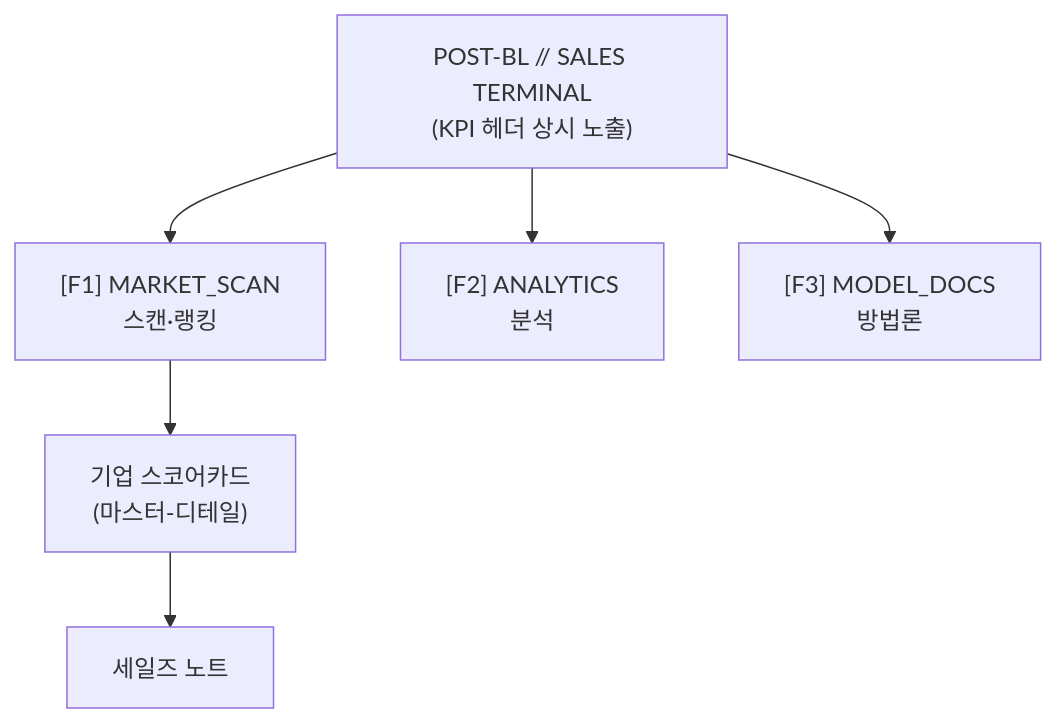
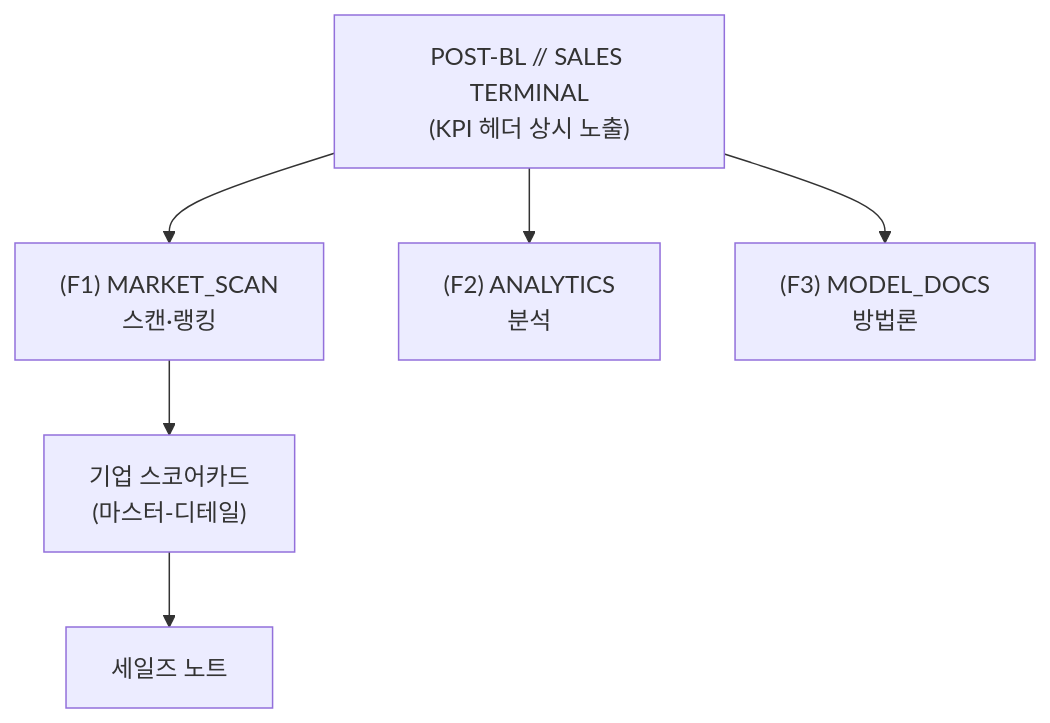
Before and after one commit to blunderblus/black_litterman_project: the second of 5 diagrams in docs/design/05-dashboard-design.md, drawn with Mermaid. The commit also changed other lines of this file and 7 other files, not shown here.

First line of the commit message:
fix(docs): harden Mermaid labels for GitHub render across 8 docs

````diff
--- a/docs/design/05-dashboard-design.md
+++ b/docs/design/05-dashboard-design.md
@@ -188,9 +188,9 @@
 ```mermaid
 flowchart TD
   HOME["POST-BL // SALES TERMINAL<br/>(KPI 헤더 상시 노출)"]
-  HOME --> F1["[F1] MARKET_SCAN<br/>스캔·랭킹"]
-  HOME --> F2["[F2] ANALYTICS<br/>분석"]
-  HOME --> F3["[F3] MODEL_DOCS<br/>방법론"]
+  HOME --> F1["(F1) MARKET_SCAN<br/>스캔·랭킹"]
+  HOME --> F2["(F2) ANALYTICS<br/>분석"]
+  HOME --> F3["(F3) MODEL_DOCS<br/>방법론"]
   F1 --> DETAIL["기업 스코어카드<br/>(마스터-디테일)"]
   DETAIL --> NOTE["세일즈 노트"]
 ```
````
